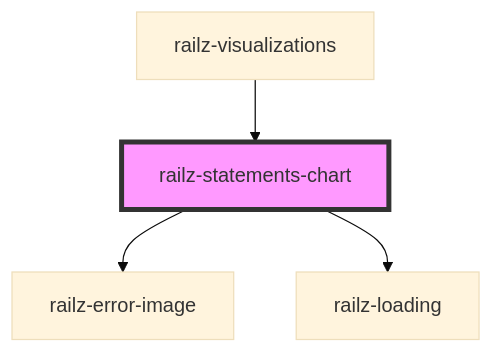
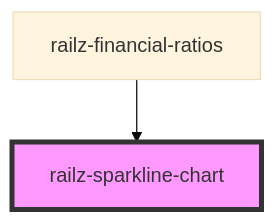
One commit to railz-ai/railz-visualizations changed the diagram in packages/components/src/elements/sparkline-chart/readme.md. Above: the diagram before and after it, drawn with Mermaid (base theme). The commit also changed other lines of this file and 23 other files, not shown here.

````diff
--- a/packages/components/src/elements/sparkline-chart/readme.md
+++ b/packages/components/src/elements/sparkline-chart/readme.md
@@ -26,7 +19,5 @@
 ```mermaid
 graph TD;
-  railz-statements-chart --> railz-error-image
-  railz-statements-chart --> railz-loading
-  railz-visualizations --> railz-statements-chart
-  style railz-statements-chart fill:#f9f,stroke:#333,stroke-width:4px
+  railz-financial-ratios --> railz-sparkline-chart
+  style railz-sparkline-chart fill:#f9f,stroke:#333,stroke-width:4px
 ```
````
